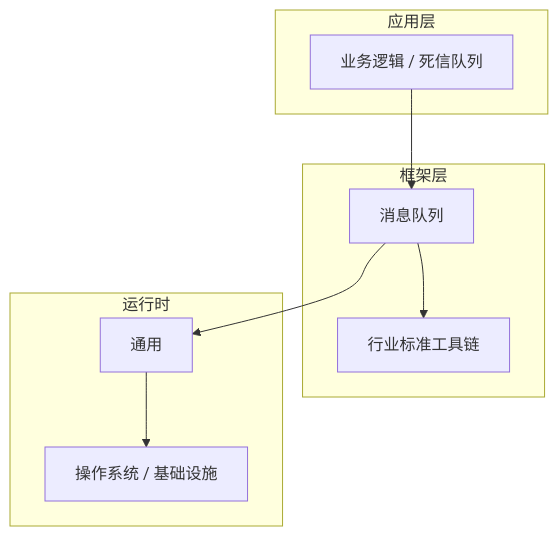
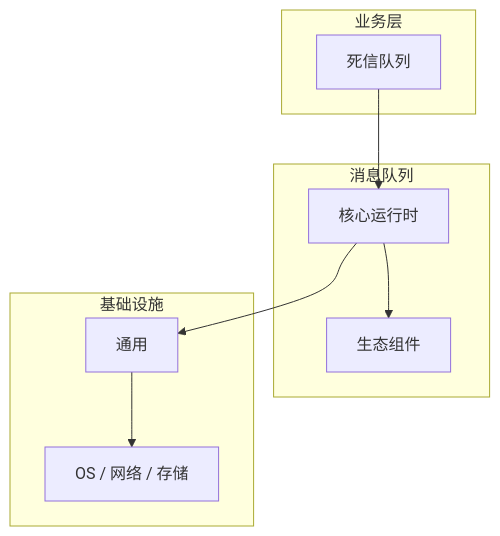
The diagram in articles/消息队列/chapters/077-死信队列核心概念与原理.md (yanggan2015/knowledge-json-v2), drawn with Mermaid before and after one commit. The commit also changed other lines of this file and 10127 other files, not shown here.

````diff
--- a/articles/消息队列/chapters/077-死信队列核心概念与原理.md
+++ b/articles/消息队列/chapters/077-死信队列核心概念与原理.md
@@ -45,18 +34,18 @@
 ```mermaid
 graph TB
-    subgraph 应用层
-        A[业务逻辑 / 死信队列]
+    subgraph 业务层
+        A[死信队列]
     end
-    subgraph 框架层
-        B[消息队列]
-        C[行业标准工具链]
+    subgraph 消息队列
+        B[核心运行时]
+        C[生态组件]
     end
-    subgraph 运行时
+    subgraph 基础设施
         D[通用]
-        E[操作系统 / 基础设施]
+        E[OS / 网络 / 存储]
     end
     A --> B
     B --> C
     B --> D
     D --> E
 ```
````
